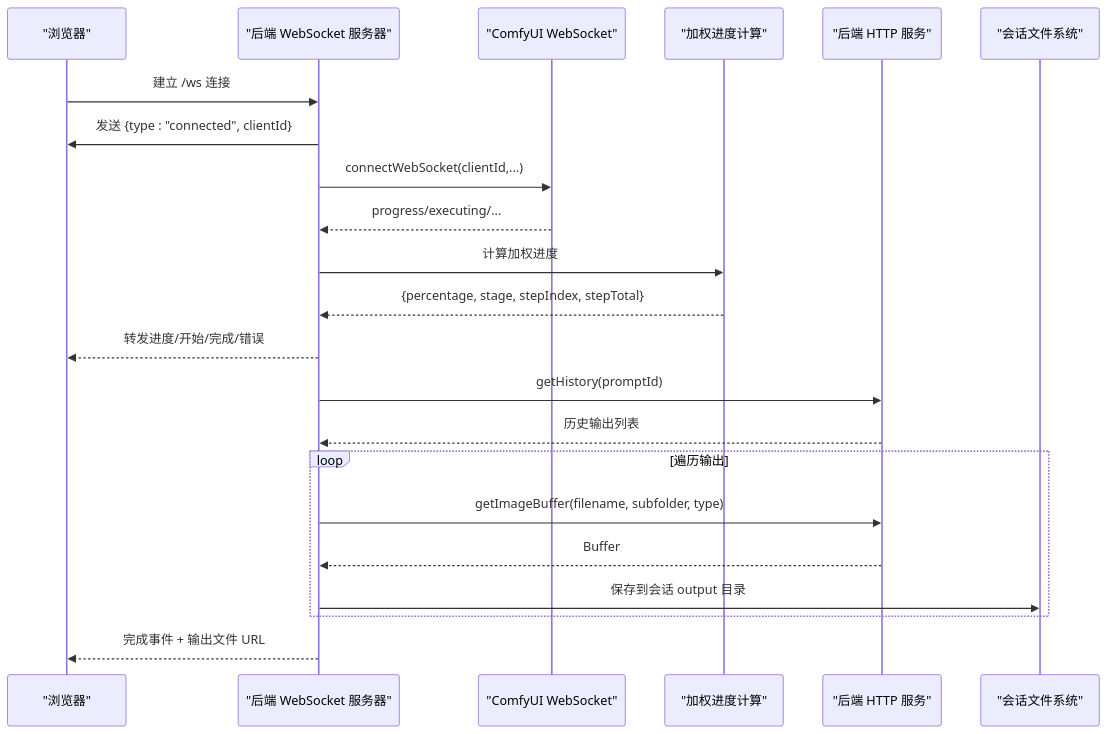
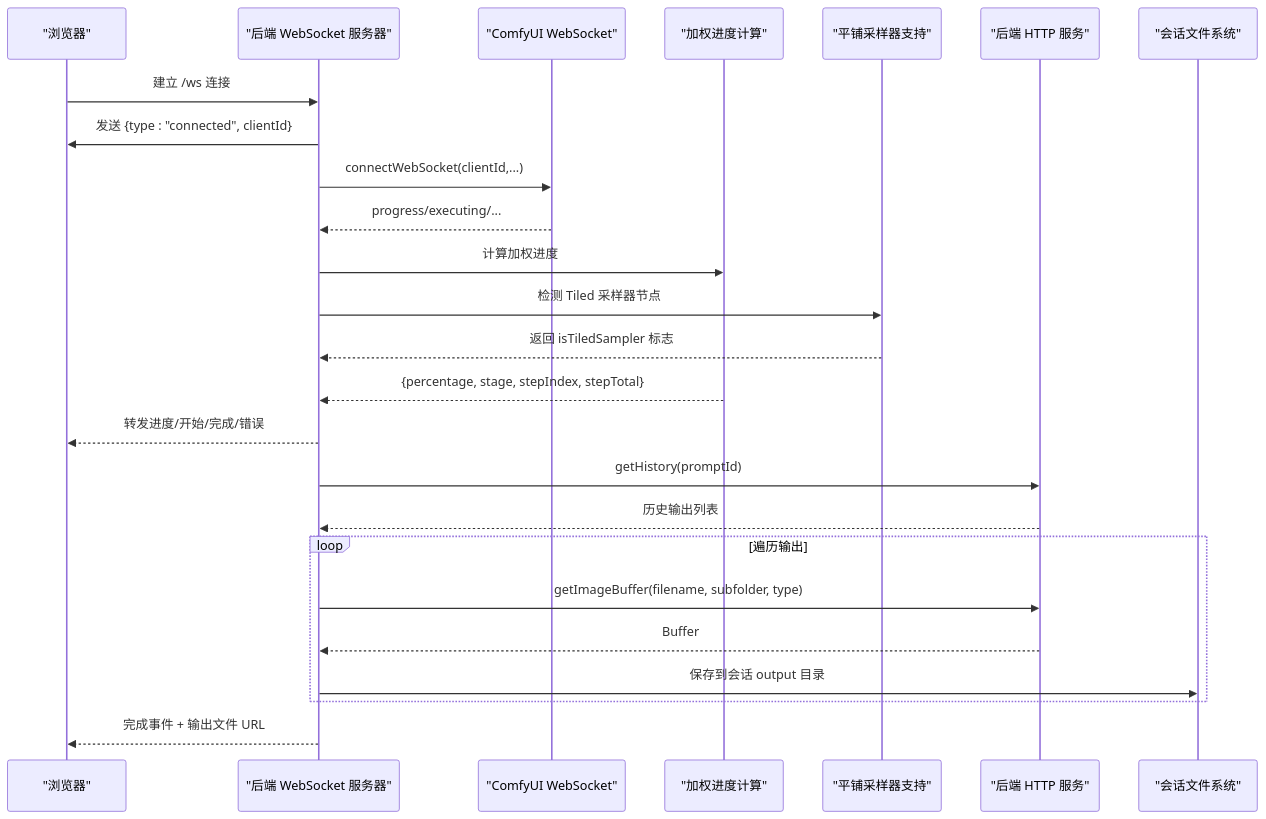
One commit to billye220670/CorineKit_Pix2Real changed the second of 6 diagrams in .qoder/repowiki/zh/content/后端服务/ComfyUI 集成.md. Above: the diagram before and after it, drawn with Mermaid. The commit also changed other lines of this file and 73 other files, not shown here.

````diff
--- a/.qoder/repowiki/zh/content/后端服务/ComfyUI 集成.md
+++ b/.qoder/repowiki/zh/content/后端服务/ComfyUI 集成.md
@@ -138,24 +146,27 @@
 ```mermaid
 sequenceDiagram
 participant Browser as "浏览器"
 participant WS_Server as "后端 WebSocket 服务器"
 participant WS_Comfy as "ComfyUI WebSocket"
 participant Progress as "加权进度计算"
+participant Tiled as "平铺采样器支持"
 participant HTTP as "后端 HTTP 服务"
 participant FS as "会话文件系统"
 Browser->>WS_Server : 建立 /ws 连接
 WS_Server->>Browser : 发送 {type : "connected", clientId}
 WS_Server->>WS_Comfy : connectWebSocket(clientId,...)
 WS_Comfy-->>WS_Server : progress/executing/...
 WS_Server->>Progress : 计算加权进度
+WS_Server->>Tiled : 检测 Tiled 采样器节点
+Tiled-->>WS_Server : 返回 isTiledSampler 标志
 Progress-->>WS_Server : {percentage, stage, stepIndex, stepTotal}
 WS_Server-->>Browser : 转发进度/开始/完成/错误
 WS_Server->>HTTP : getHistory(promptId)
 HTTP-->>WS_Server : 历史输出列表
 loop 遍历输出
 WS_Server->>HTTP : getImageBuffer(filename, subfolder, type)
 HTTP-->>WS_Server : Buffer
 WS_Server->>FS : 保存到会话 output 目录
 end
 WS_Server-->>Browser : 完成事件 + 输出文件 URL
 ```
````
